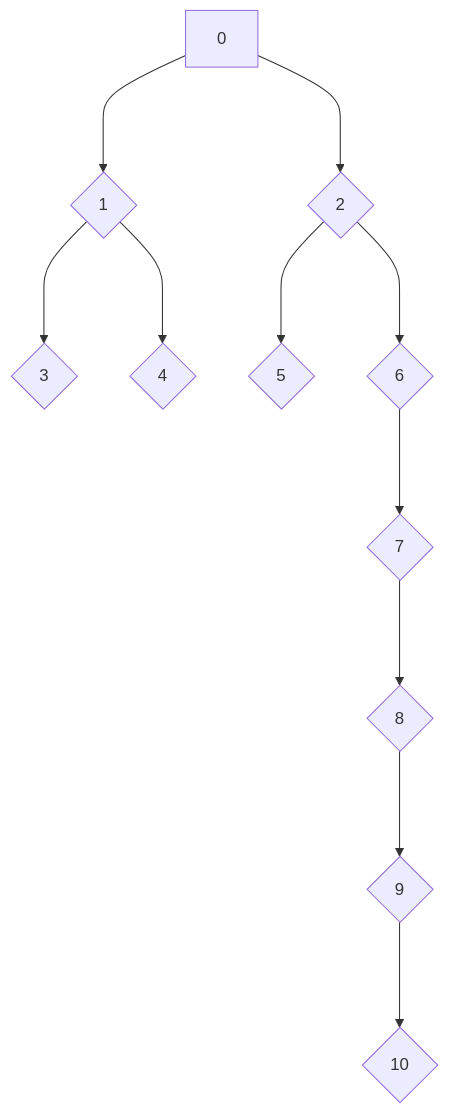
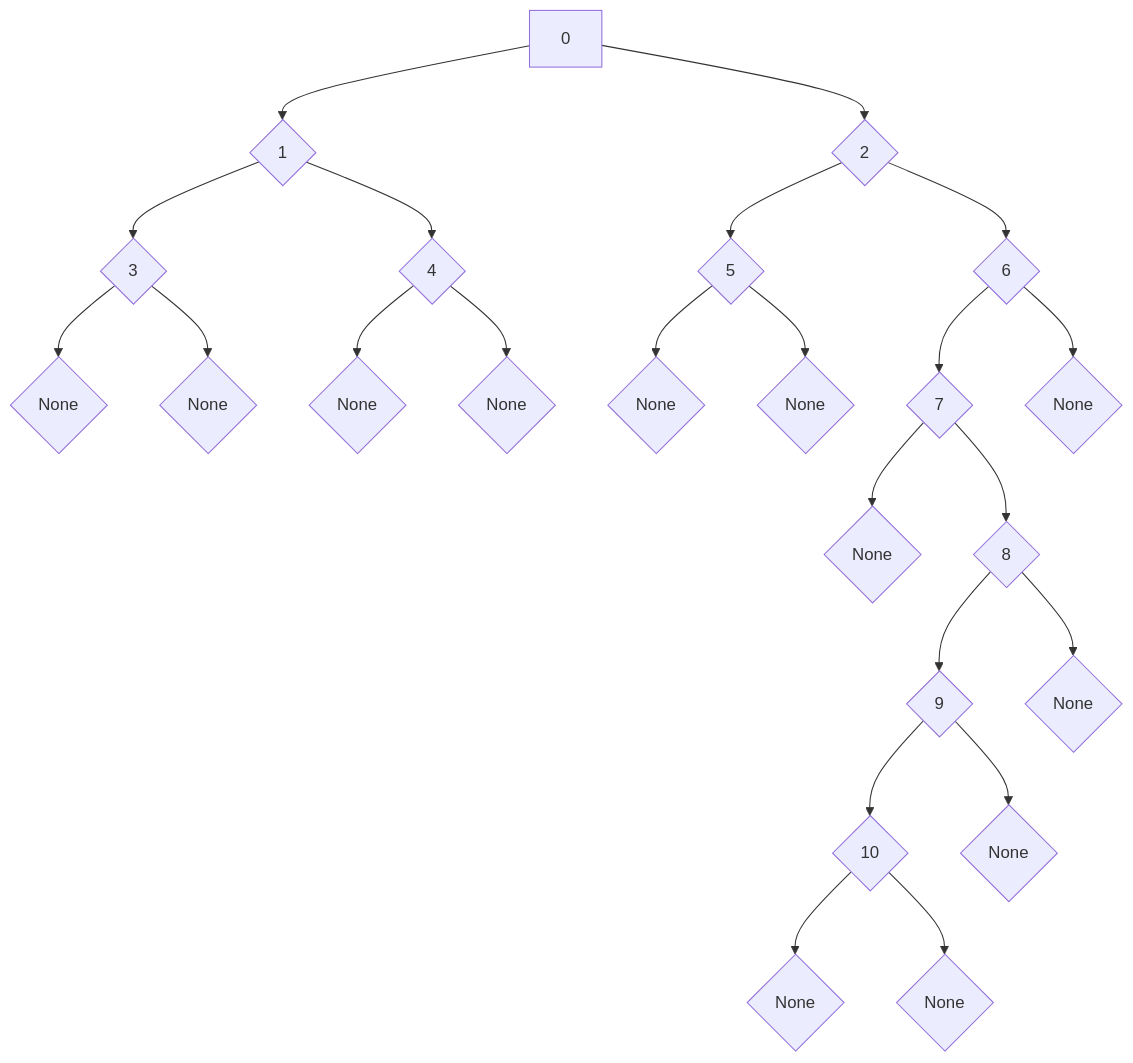
The diagram in README.md (mr-adult/tree-iterators-rs), drawn with Mermaid before and after one commit. The commit also changed other lines of this file and 6 other files, not shown here.

````diff
--- a/README.md
+++ b/README.md
@@ -35,13 +42,25 @@
 ```mermaid
 flowchart TD
-A[0] ---> B{1}
-A ---> C{2}
-B ---> D{3}
-B ---> E{4}
-C ---> F{5}
-C ---> G{6}
-G ---> H{7}
-H ---> I{8}
-I ---> J{9}
-J ---> K{10}
+A[0] --> B{1}
+A --> C{2}
+B --> D{3}
+B --> E{4}
+D --> Z{None}
+D --> Y{None}
+E --> X{None}
+E --> W{None}
+C --> F{5}
+F --> V{None}
+F --> U{None}
+C --> G{6}
+G --> H{7}
+G --> T{None}
+H --> S{None}
+H --> I{8}
+I --> J{9}
+I --> R{None}
+J --> K{10}
+J --> Q{None}
+K --> P{None}
+K --> O{None}
 ``` 
````
